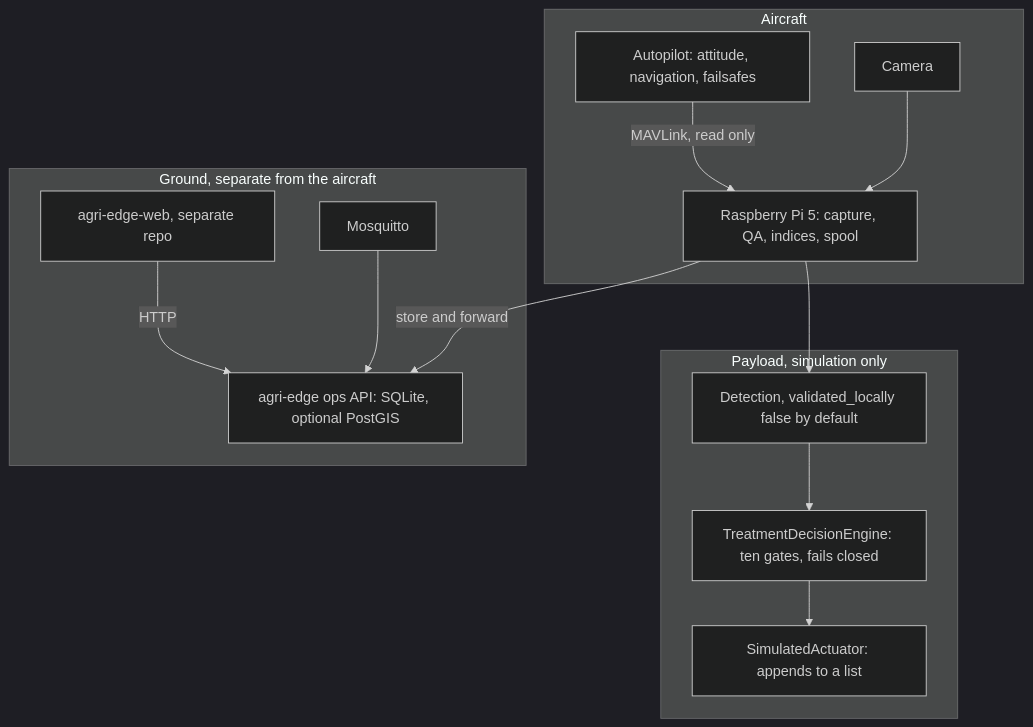
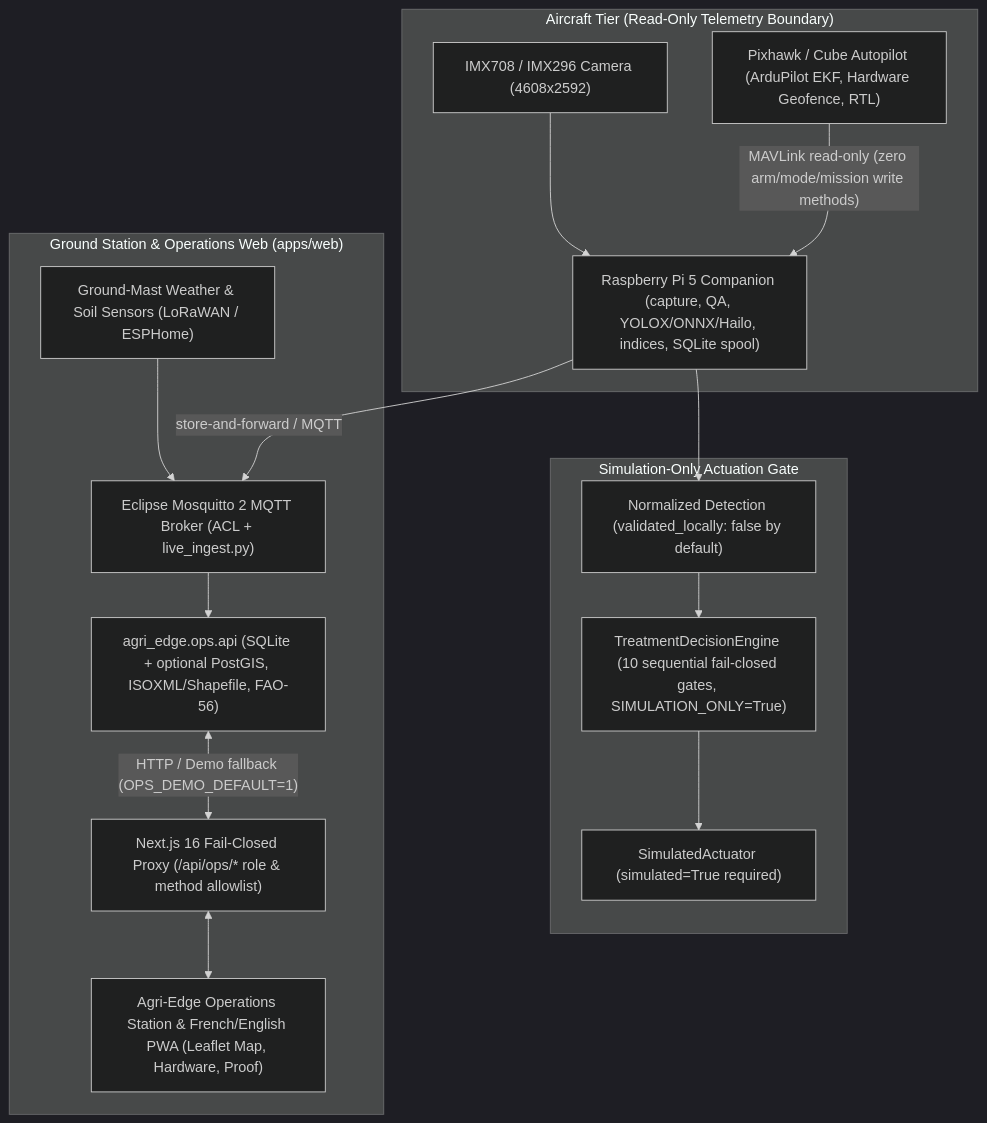
One commit to Anwarito-lbd/agri-edge changed the diagram in README.md. Above: the diagram before and after it, drawn with Mermaid (dark theme). The commit also changed other lines of this file and 206 other files, not shown here.

First line of the commit message:
feat: unify agri-edge & agri-edge-web into one monorepo with physics sims and proof walkthrough (#5)

````diff
--- a/README.md
+++ b/README.md
@@ -134,28 +33,32 @@
 ```mermaid
 flowchart TB
-  subgraph air [Aircraft]
-    CAM[Camera]
-    PI["Raspberry Pi 5: capture, QA, indices, spool"]
-    FC["Autopilot: attitude, navigation, failsafes"]
+  subgraph AIR["Aircraft Tier (Read-Only Telemetry Boundary)"]
+    CAM["IMX708 / IMX296 Camera (4608x2592)"]
+    FC["Pixhawk / Cube Autopilot (ArduPilot EKF, Hardware Geofence, RTL)"]
+    PI["Raspberry Pi 5 Companion (capture, QA, YOLOX/ONNX/Hailo, indices, SQLite spool)"]
     CAM --> PI
-    FC -->|MAVLink, read only| PI
+    FC -->|"MAVLink read-only (zero arm/mode/mission write methods)"| PI
   end
 
-  subgraph gate [Payload, simulation only]
-    DET["Detection, validated_locally false by default"]
-    ENG["TreatmentDecisionEngine: ten gates, fails closed"]
-    ACT["SimulatedActuator: appends to a list"]
+  subgraph GATE["Simulation-Only Actuation Gate"]
+    DET["Normalized Detection (validated_locally: false by default)"]
+    ENG["TreatmentDecisionEngine (10 sequential fail-closed gates, SIMULATION_ONLY=True)"]
+    ACT["SimulatedActuator (simulated=True required)"]
     DET --> ENG --> ACT
   end
 
+  subgraph GROUND["Ground Station & Operations Web (apps/web)"]
+    MAST["Ground-Mast Weather & Soil Sensors (LoRaWAN / ESPHome)"]
+    MQTT["Eclipse Mosquitto 2 MQTT Broker (ACL + live_ingest.py)"]
+    OPS["agri_edge.ops.api (SQLite + optional PostGIS, ISOXML/Shapefile, FAO-56)"]
+    PROXY["Next.js 16 Fail-Closed Proxy (/api/ops/* role & method allowlist)"]
+    UI["Agri-Edge Operations Station & French/English PWA (Leaflet Map, Hardware, Proof)"]
+    MAST --> MQTT
+    PI -->|"store-and-forward / MQTT"| MQTT
+    MQTT --> OPS
+    OPS <-->|"HTTP / Demo fallback (OPS_DEMO_DEFAULT=1)"| PROXY
+    PROXY <--> UI
+  end
+
   PI --> DET
-  PI -->|store and forward| OPS
-
-  subgraph ground [Ground, separate from the aircraft]
-    MQTT[Mosquitto]
-    OPS["agri-edge ops API: SQLite, optional PostGIS"]
-    WEB["agri-edge-web, separate repo"]
-    MQTT --> OPS
-    WEB -->|HTTP| OPS
-  end
 ```
````
